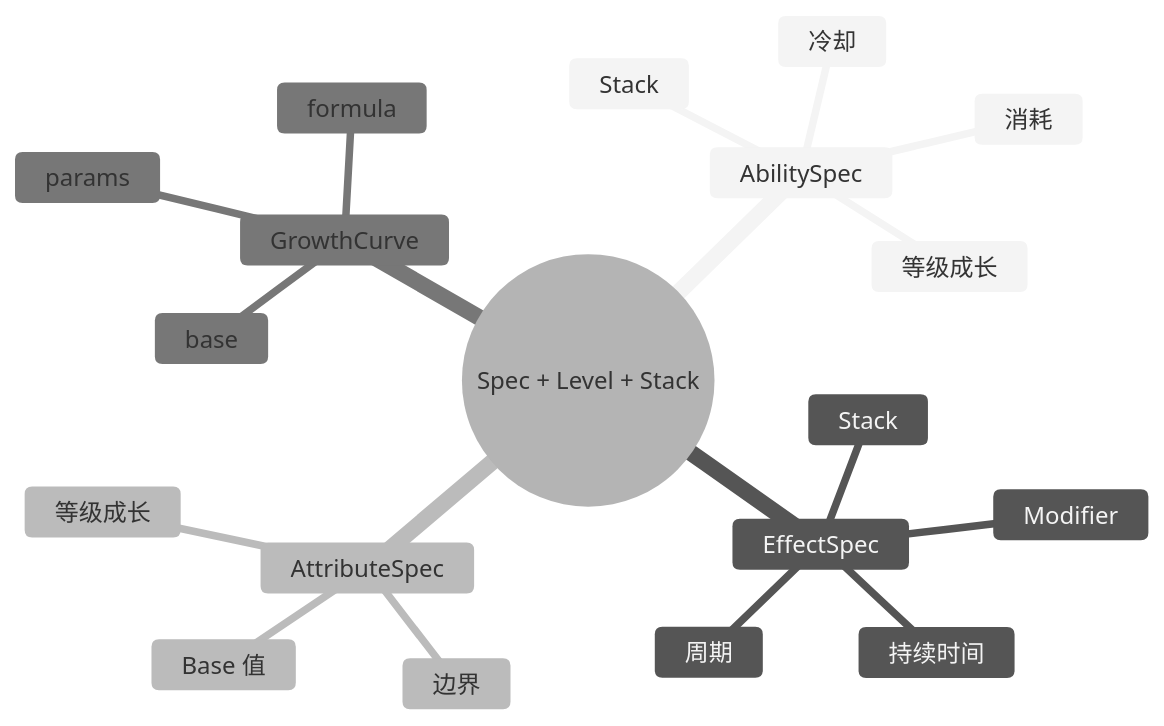
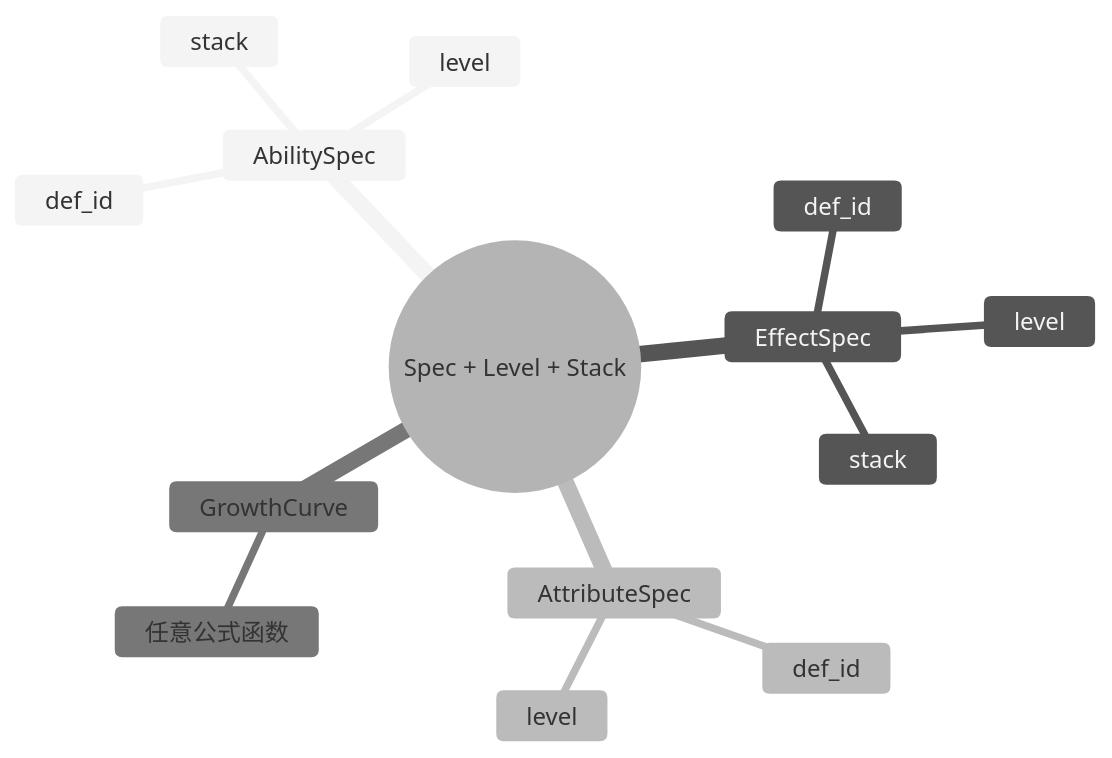
The diagram in docs/specs/mini_gas/spec-system.md (caorenmei/cgas), drawn with Mermaid before and after one commit. The commit also changed other lines of this file and 29 other files, not shown here.

````diff
--- a/docs/specs/mini_gas/spec-system.md
+++ b/docs/specs/mini_gas/spec-system.md
@@ -12,23 +12,18 @@
 ```mermaid
 %%{init: {'theme': 'neutral'}}%%
 mindmap
   root((Spec + Level + Stack))
     AbilitySpec
-      冷却
-      消耗
-      等级成长
-      Stack
+      def_id
+      level
+      stack
     EffectSpec
-      Modifier
-      持续时间
-      周期
-      Stack
+      def_id
+      level
+      stack
     AttributeSpec
-      Base 值
-      等级成长
-      边界
+      def_id
+      level
     GrowthCurve
-      base
-      params
-      formula
+      任意公式函数
 ```
````
